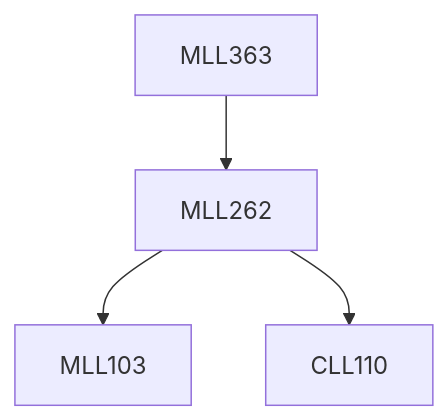
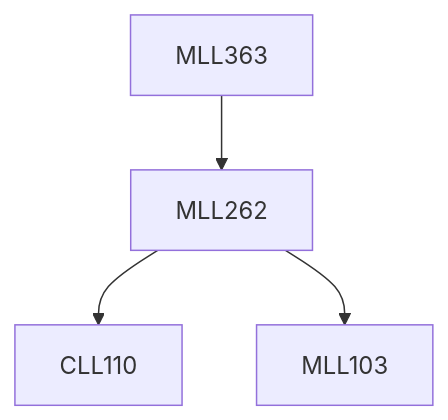
One commit to KeshavBansal0122/CoS_Website changed the diagram in content/Materials Science and Engineering/MLL363.md. Above: the diagram before and after it, drawn with Mermaid. The commit also changed other lines of this file and 2662 other files, not shown here.

````diff
--- a/content/Materials Science and Engineering/MLL363.md
+++ b/content/Materials Science and Engineering/MLL363.md
@@ -23,10 +23,10 @@
 ```mermaid
 flowchart TD
 MLL363-493[MLL363]
+MLL262-493 --> CLL110-493[CLL110]
+MLL363-493 --> MLL262-493[MLL262]
 MLL262-493 --> MLL103-493[MLL103]
-MLL363-493 --> MLL262-493[MLL262]
-MLL262-493 --> CLL110-493[CLL110]
 
 classDef empty height:17px, fill:transparent, stroke:transparent;
 classDef trueEmpty height:0px, width:0px;
 ```
````
